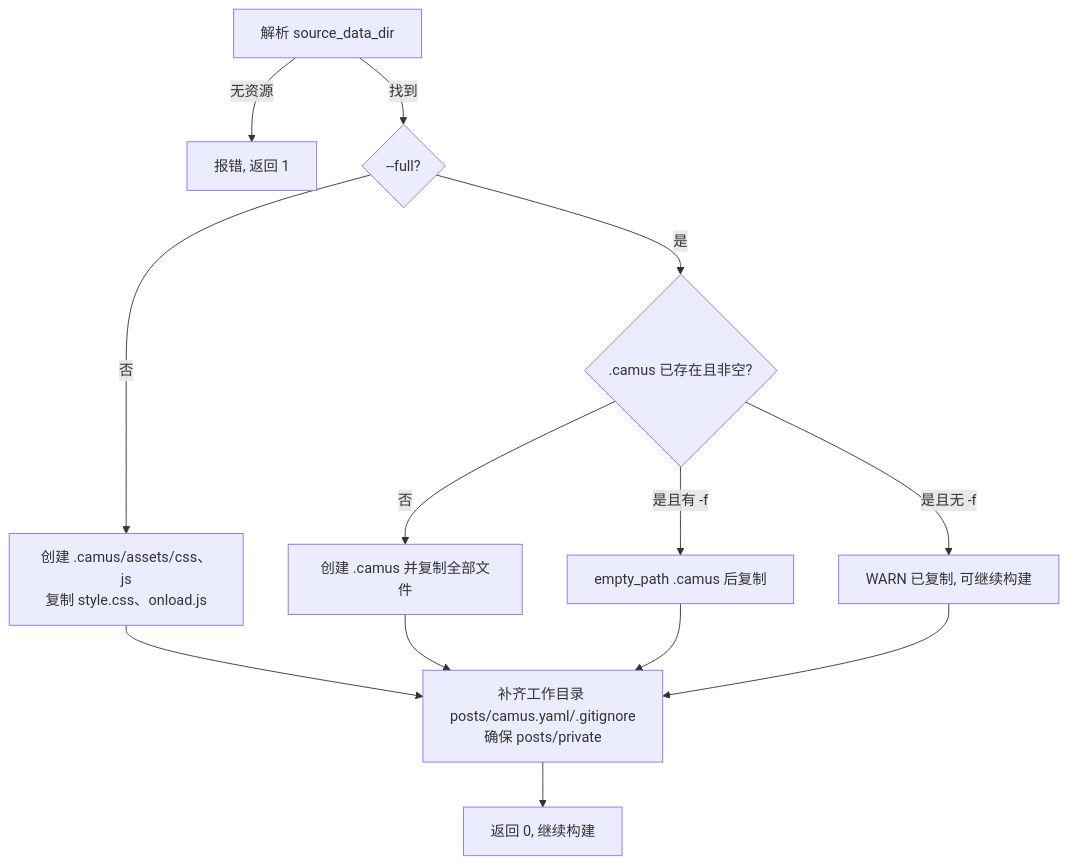
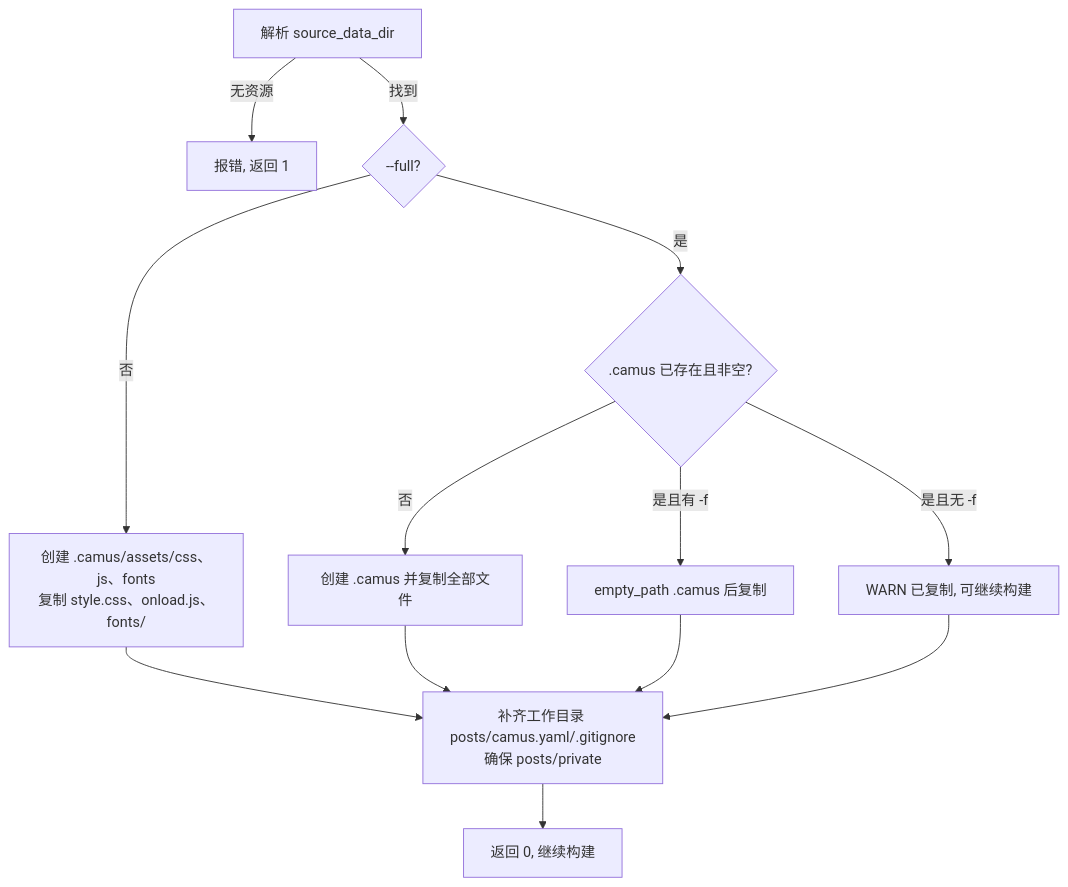
The second of 3 diagrams in docs/prd/08-template-install.md (o8x/camus), drawn with Mermaid before and after one commit. The commit also changed other lines of this file and 13 other files, not shown here.

Commit message:
feat: share assets fonts with pdf and copy fonts in resource presets

````diff
--- a/docs/prd/08-template-install.md
+++ b/docs/prd/08-template-install.md
@@ -74,15 +74,15 @@
 ```mermaid
 flowchart TD
     A[解析 source_data_dir] -->|无资源| X[报错, 返回 1]
     A -->|找到| F{--full?}
-    F -->|否| M[创建 .camus/assets/css、js<br/>复制 style.css、onload.js]
+    F -->|否| M[创建 .camus/assets/css、js、fonts<br/>复制 style.css、onload.js、fonts/]
     M --> S[补齐工作目录 posts/camus.yaml/.gitignore<br/>确保 posts/private]
     F -->|是| B{.camus 已存在且非空?}
     B -->|否| D[创建 .camus 并复制全部文件]
     B -->|是且无 -f| W[WARN 已复制, 可继续构建]
     B -->|是且有 -f| C[empty_path .camus 后复制]
     D --> S
     C --> S
     W --> S
     S --> OK[返回 0, 继续构建]
 ```
````
